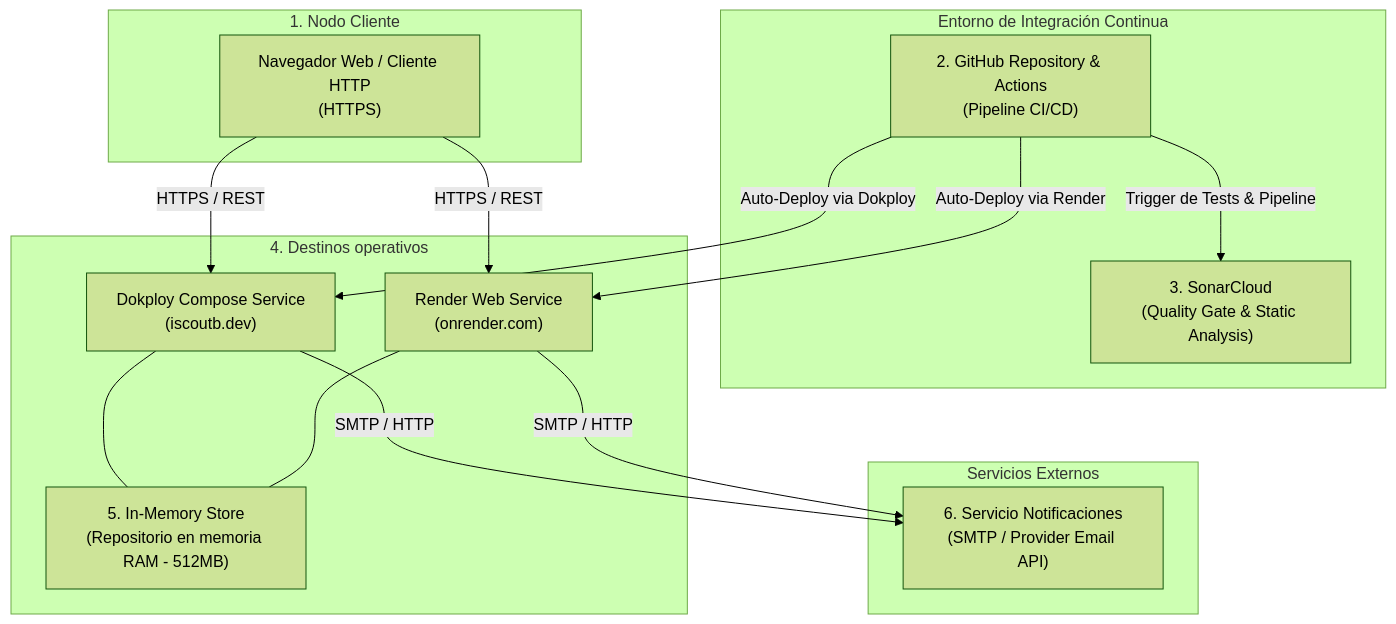
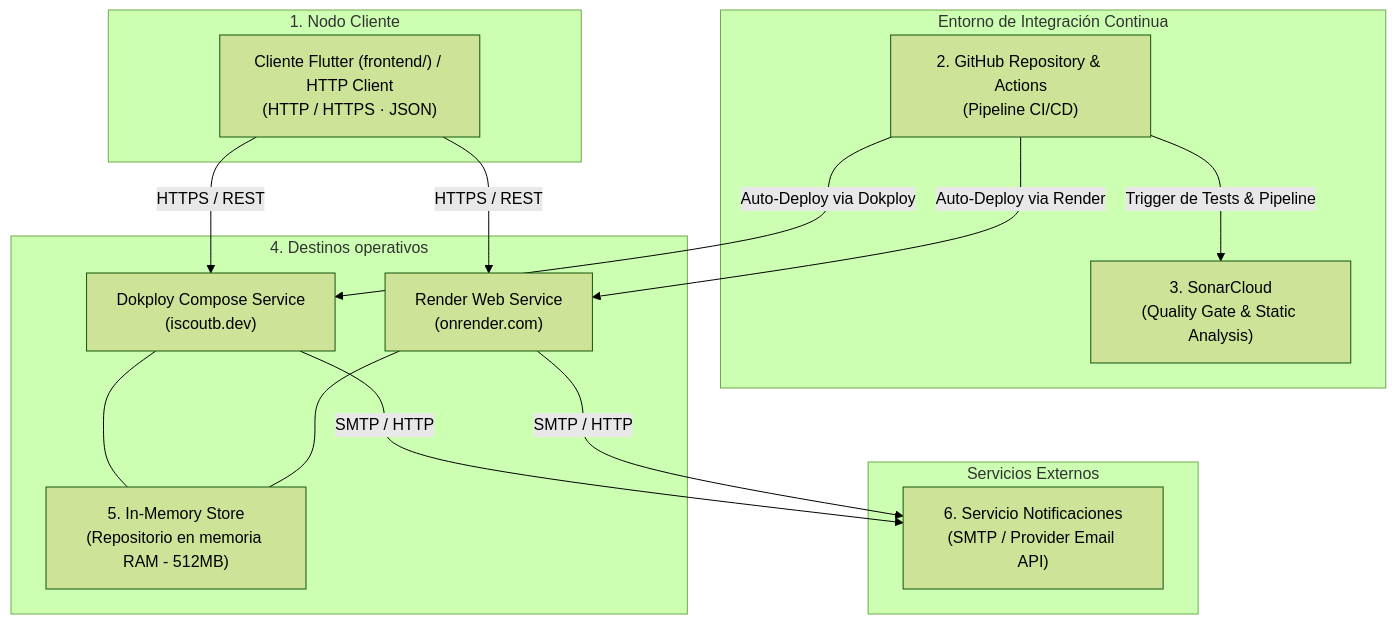
The fifth of 7 diagrams in docs/arc42/arc42-template-EN.md (ISCOUTB/AS_202620_InvenTrack), drawn with Mermaid (forest theme) before and after one commit. The commit also changed other lines of this file and 52 other files, not shown here.

````diff
--- a/docs/arc42/arc42-template-EN.md
+++ b/docs/arc42/arc42-template-EN.md
@@ -412,31 +414,31 @@
 ```mermaid
 flowchart TD
     subgraph CLIENTE["1. Nodo Cliente"]
-        USER["Navegador Web / Cliente HTTP<br/>(HTTPS)"]
+        USER["Cliente Flutter (frontend/) / HTTP Client<br/>(HTTP / HTTPS · JSON)"]
     end
 
     subgraph CI_CD["Entorno de Integración Continua"]
         GH["2. GitHub Repository & Actions<br/>(Pipeline CI/CD)"]
         SONAR["3. SonarCloud<br/>(Quality Gate & Static Analysis)"]
     end
 
     subgraph DEPLOY["4. Destinos operativos"]
       DOKPLOY["Dokploy Compose Service<br/>(iscoutb.dev)"]
       RENDER["Render Web Service<br/>(onrender.com)"]
       MEM["5. In-Memory Store<br/>(Repositorio en memoria RAM - 512MB)"]
     end
 
     subgraph EXTERNAL["Servicios Externos"]
         NOTIF["6. Servicio Notificaciones<br/>(SMTP / Provider Email API)"]
     end
 
     USER -->|"HTTPS / REST"| DOKPLOY
     USER -->|"HTTPS / REST"| RENDER
     GH -->|"Trigger de Tests & Pipeline"| SONAR
     GH -->|"Auto-Deploy via Dokploy"| DOKPLOY
     GH -->|"Auto-Deploy via Render"| RENDER
     DOKPLOY --- MEM
     RENDER --- MEM
     DOKPLOY -->|"SMTP / HTTP"| NOTIF
     RENDER -->|"SMTP / HTTP"| NOTIF
 ```
````
